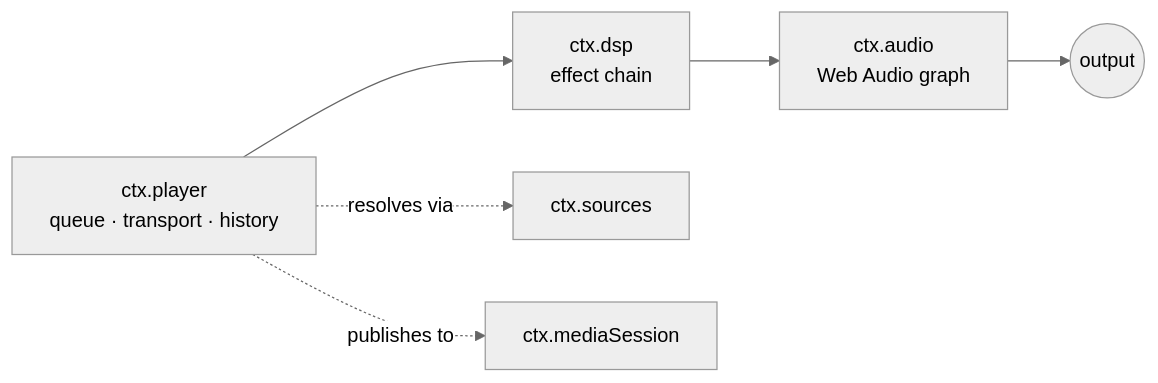
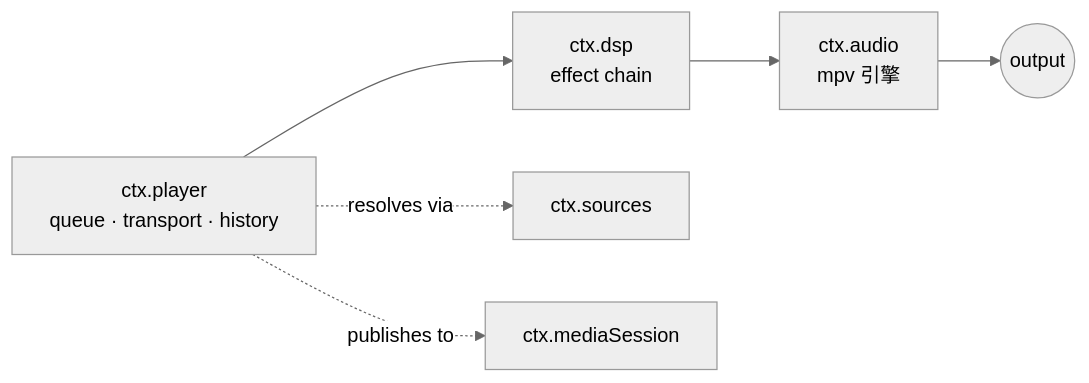
Before and after one commit to BBeBeeX/BBeBee: the first of 2 diagrams in docs-zh/audio/engine.md, drawn with Mermaid (neutral theme). The commit also changed other lines of this file and 7 other files, not shown here.

First line of the commit message:
Docs: record the post-webaudio architecture

````diff
--- a/docs-zh/audio/engine.md
+++ b/docs-zh/audio/engine.md
@@ -9,8 +9,8 @@
 ```mermaid
 flowchart LR
     P["ctx.player<br/>queue · transport · history"] --> D["ctx.dsp<br/>effect chain"]
-    D --> A["ctx.audio<br/>Web Audio graph"]
+    D --> A["ctx.audio<br/>mpv 引擎"]
     A --> O(("output"))
     P -.->|resolves via| S["ctx.sources"]
     P -.->|publishes to| M["ctx.mediaSession"]
 ```
````
